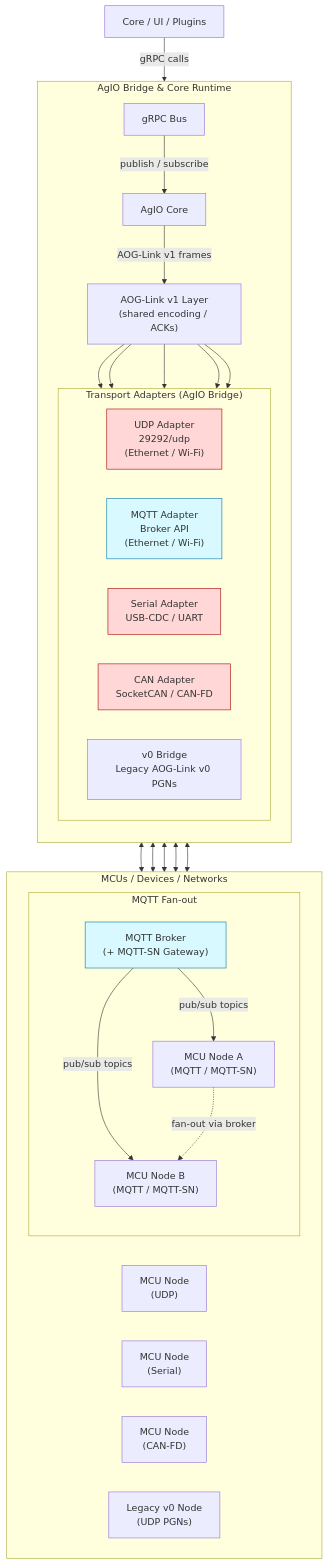
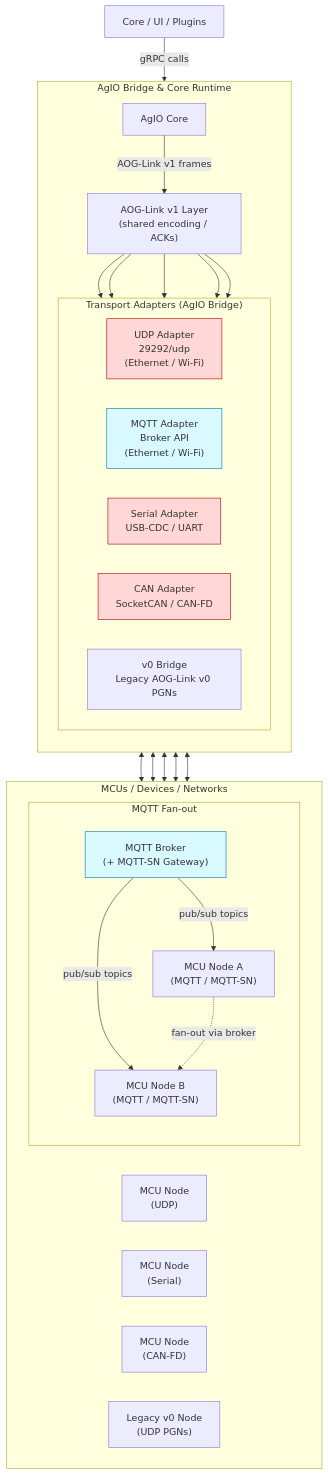
One commit to FortneyMFG/AgOpenGPS-Nexus changed the diagram in docs/howto/aog-link-bridge-architecture-guide.md. Above: the diagram before and after it, drawn with Mermaid.

Commit message:
Update AOG-Link Bridge architecture diagram
Removed gRPC Bus from the architecture diagram and updated connections.

````diff
--- a/docs/howto/aog-link-bridge-architecture-guide.md
+++ b/docs/howto/aog-link-bridge-architecture-guide.md
@@ -34,67 +34,66 @@
 ```mermaid
 flowchart TD
     %% Core/UI/Plugins feed the bridge via the gRPC bus
     CORECLIENTS["Core / UI / Plugins"]
 
     subgraph AgIO["AgIO Bridge & Core Runtime"]
         direction TB
 
-        GRPC["gRPC Bus"]
         CORE["AgIO Core"]
-        GRPC -- "publish / subscribe" --> CORE
+
 
         LINKV1["AOG-Link v1 Layer\n(shared encoding / ACKs)"]
         CORE -- "AOG-Link v1 frames" --> LINKV1
 
         subgraph Adapters["Transport Adapters (AgIO Bridge)"]
             direction LR
             UDP["UDP Adapter\n29292/udp\n(Ethernet / Wi-Fi)"]
             MQTT["MQTT Adapter\nBroker API\n(Ethernet / Wi-Fi)"]
             SERIAL["Serial Adapter\nUSB-CDC / UART"]
             CAN["CAN Adapter\nSocketCAN / CAN-FD"]
             V0["v0 Bridge\nLegacy AOG-Link v0 PGNs"]
         end
 
         LINKV1 --> UDP
         LINKV1 --> MQTT
         LINKV1 --> SERIAL
         LINKV1 --> CAN
         LINKV1 --> V0
     end
 
-    CORECLIENTS -- "gRPC calls" --> GRPC
+    CORECLIENTS -- "gRPC calls" --> CORE
 
     subgraph External["MCUs / Devices / Networks"]
         direction LR
         MCUUDP["MCU Node\n(UDP)"]
 
         subgraph MQTTMesh["MQTT Fan-out"]
             direction TB
             BROKER["MQTT Broker\n(+ MQTT-SN Gateway)"]
             MCUA["MCU Node A\n(MQTT / MQTT-SN)"]
             MCUB["MCU Node B\n(MQTT / MQTT-SN)"]
             BROKER -- "pub/sub topics" --> MCUA
             BROKER -- "pub/sub topics" --> MCUB
         end
 
         MCUSERIAL["MCU Node\n(Serial)"]
         MCUCAN["MCU Node\n(CAN-FD)"]
         Legacy["Legacy v0 Node\n(UDP PGNs)"]
     end
 
     UDP <--> MCUUDP
     MQTT <--> BROKER
     SERIAL <--> MCUSERIAL
     CAN <--> MCUCAN
     V0 <--> Legacy
 
     MCUA -. "fan-out via broker" .-> MCUB
 
     classDef control fill:#ffd7d7,stroke:#aa0000,stroke-width:1px;
     classDef telemetry fill:#d7f9ff,stroke:#0077aa,stroke-width:1px;
     class UDP control;
     class SERIAL control;
     class CAN control;
     class MQTT telemetry;
     class BROKER telemetry;
 ```
````
